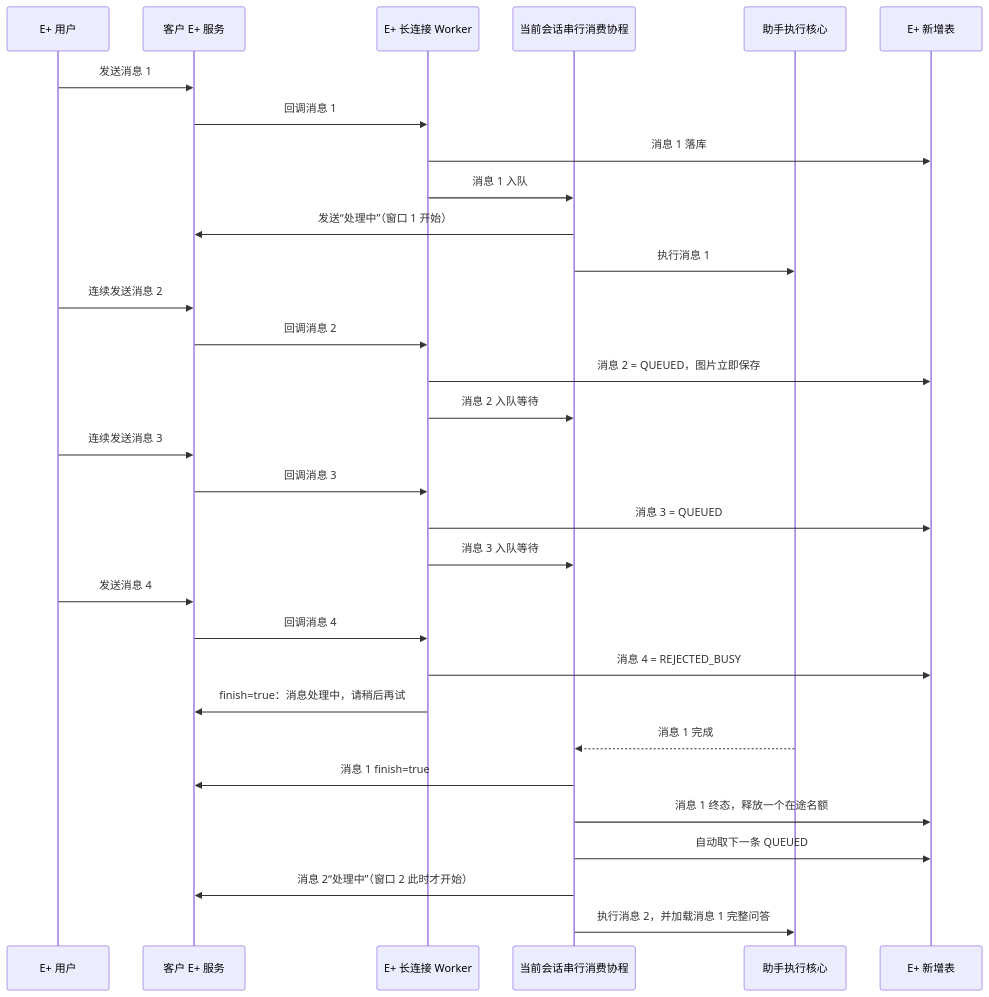
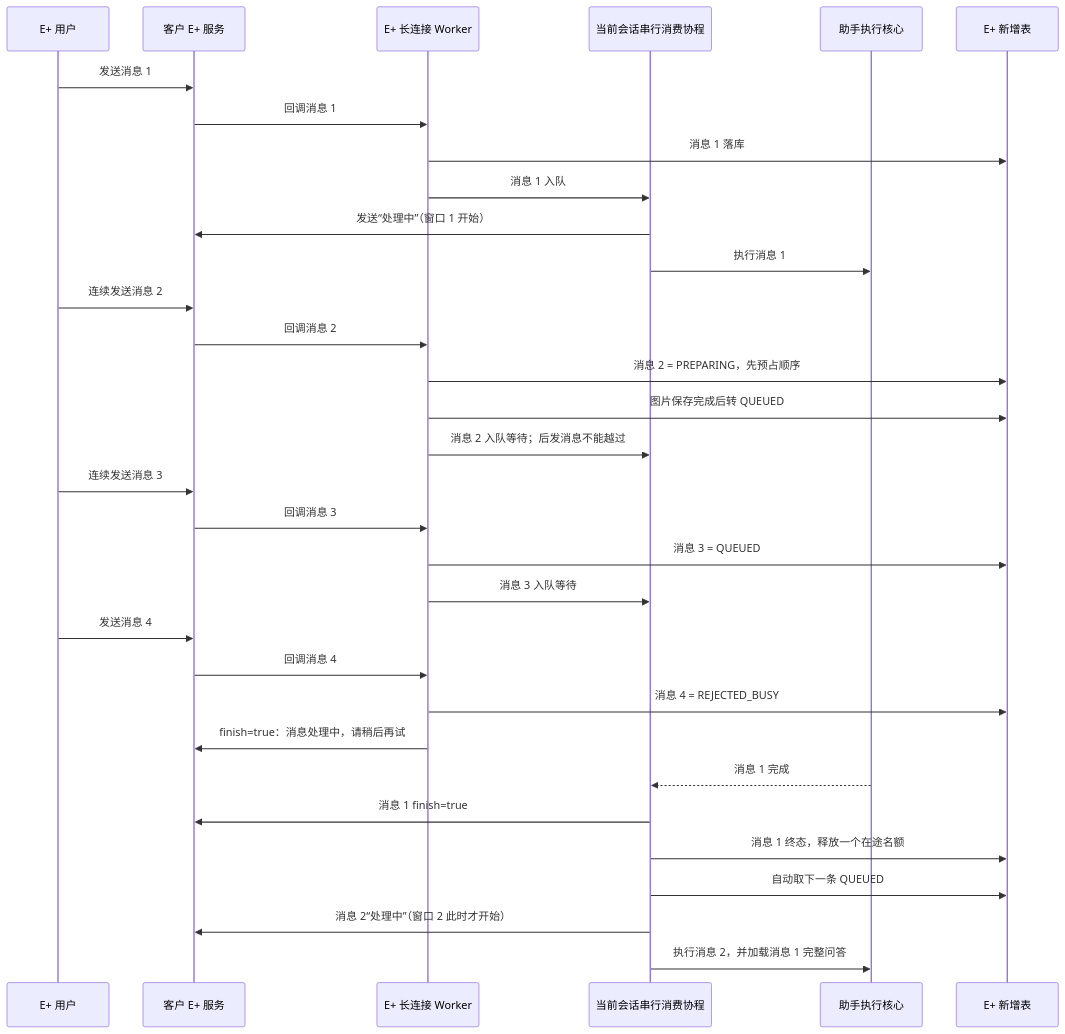
One commit to dataelement/bisheng changed the fifth of 8 diagrams in features/v3.0.0-beta1/073-eplus-robot-assistant/technical-review-flowcharts.md. Above: the diagram before and after it, drawn with Mermaid. The commit also changed other lines of this file and 17 other files, not shown here.

````diff
--- a/features/v3.0.0-beta1/073-eplus-robot-assistant/technical-review-flowcharts.md
+++ b/features/v3.0.0-beta1/073-eplus-robot-assistant/technical-review-flowcharts.md
@@ -202,38 +203,39 @@
 ```mermaid
 sequenceDiagram
     participant U as E+ 用户
     participant E as 客户 E+ 服务
     participant W as E+ 长连接 Worker
     participant Q as 当前会话串行消费协程
     participant A as 助手执行核心
     participant DB as E+ 新增表
 
     U->>E: 发送消息 1
     E->>W: 回调消息 1
     W->>DB: 消息 1 落库
     W->>Q: 消息 1 入队
     Q->>E: 发送“处理中”（窗口 1 开始）
     Q->>A: 执行消息 1
 
     U->>E: 连续发送消息 2
     E->>W: 回调消息 2
-    W->>DB: 消息 2 = QUEUED，图片立即保存
-    W->>Q: 消息 2 入队等待
+    W->>DB: 消息 2 = PREPARING，先预占顺序
+    W->>DB: 图片保存完成后转 QUEUED
+    W->>Q: 消息 2 入队等待；后发消息不能越过
 
     U->>E: 连续发送消息 3
     E->>W: 回调消息 3
     W->>DB: 消息 3 = QUEUED
     W->>Q: 消息 3 入队等待
 
     U->>E: 发送消息 4
     E->>W: 回调消息 4
     W->>DB: 消息 4 = REJECTED_BUSY
     W->>E: finish=true：消息处理中，请稍后再试
 
     A-->>Q: 消息 1 完成
     Q->>E: 消息 1 finish=true
     Q->>DB: 消息 1 终态，释放一个在途名额
     Q->>DB: 自动取下一条 QUEUED
     Q->>E: 消息 2“处理中”（窗口 2 此时才开始）
     Q->>A: 执行消息 2，并加载消息 1 完整问答
 ```
````
